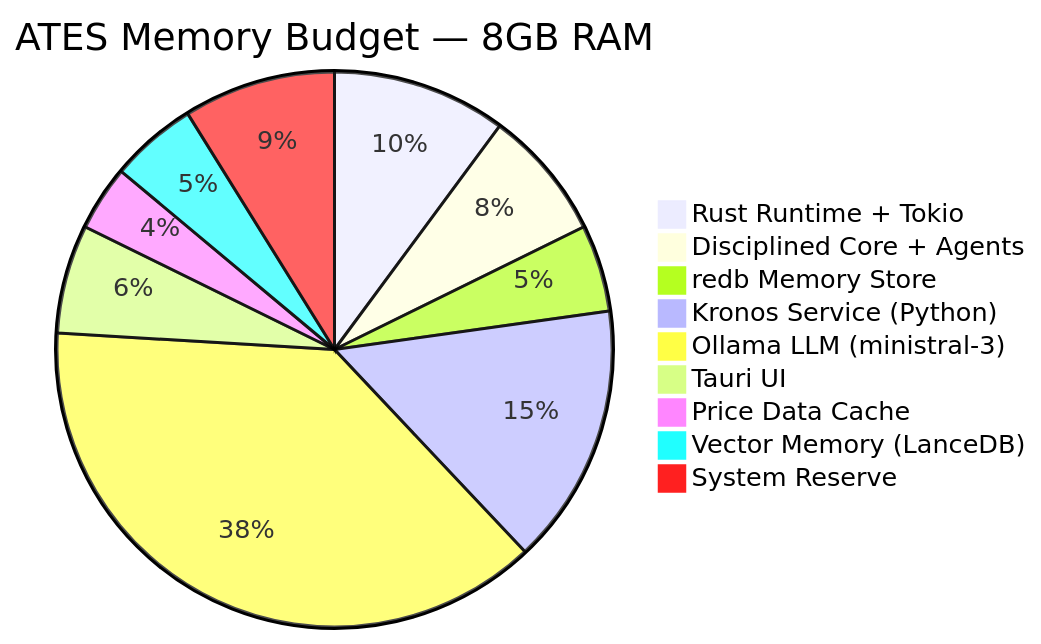
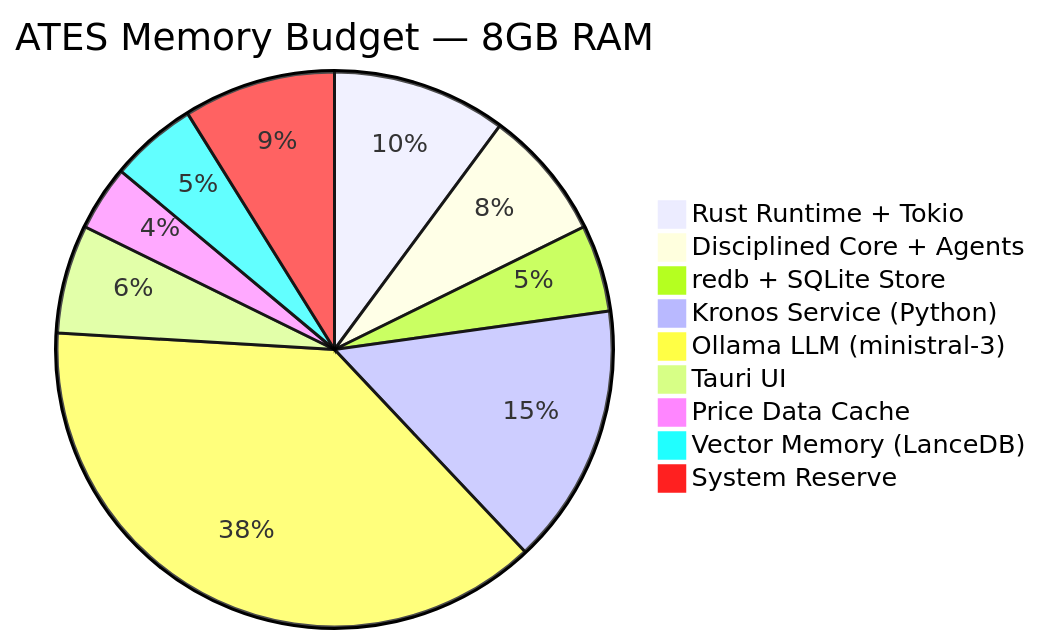
Before and after one commit to craaraju-ctrl/ATES: the second of 6 diagrams in docs/ATES_LOW_RESOURCE_ARCHITECTURE.md, drawn with Mermaid. The commit also changed other lines of this file and 1 other file, not shown here.

Commit message:
docs: update low-resource design and v2 architecture docs for SQLite episode storage

````diff
--- a/docs/ATES_LOW_RESOURCE_ARCHITECTURE.md
+++ b/docs/ATES_LOW_RESOURCE_ARCHITECTURE.md
@@ -35,12 +35,12 @@
 ```mermaid
 pie title ATES Memory Budget — 8GB RAM
     "Rust Runtime + Tokio" : 800
     "Disciplined Core + Agents" : 600
-    "redb Memory Store" : 400
+    "redb + SQLite Store" : 400
     "Kronos Service (Python)" : 1200
     "Ollama LLM (ministral-3)" : 3000
     "Tauri UI" : 500
     "Price Data Cache" : 300
     "Vector Memory (LanceDB)" : 400
     "System Reserve" : 700
 ```
````
